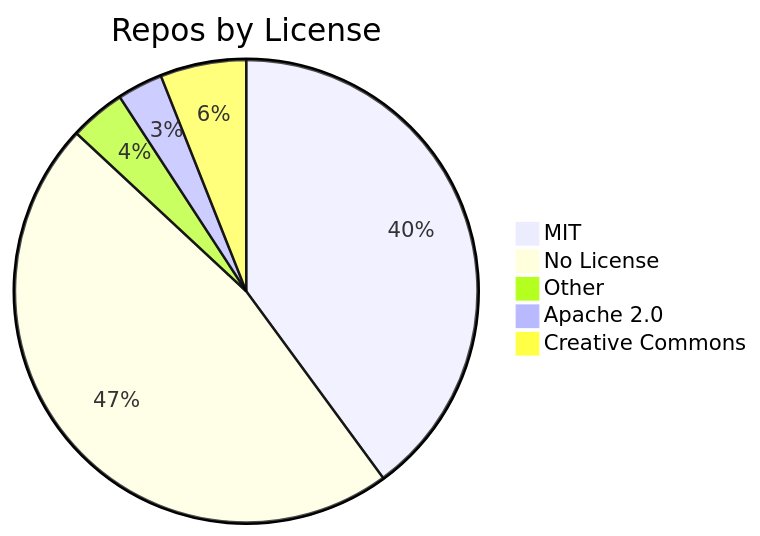
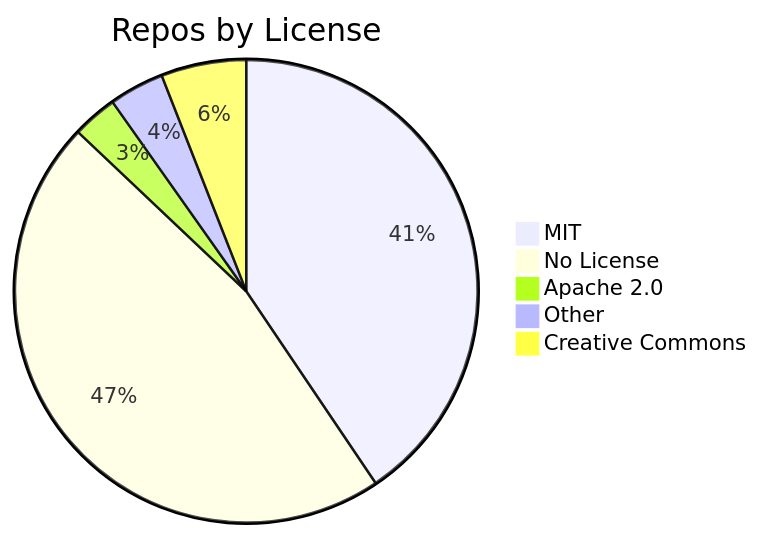
Before and after one commit to jpatterson933/awesome-mcp-server-repo-index: the diagram in README.md, drawn with Mermaid. The commit also changed other lines of this file and 3 other files, not shown here.

````diff
--- a/README.md
+++ b/README.md
@@ -29,8 +29,8 @@
 ```mermaid
 pie title Repos by License
-    "MIT" : 113
+    "MIT" : 116
     "No License" : 133
+    "Apache 2.0" : 9
     "Other" : 11
-    "Apache 2.0" : 9
     "Creative Commons" : 17
 ```
````
